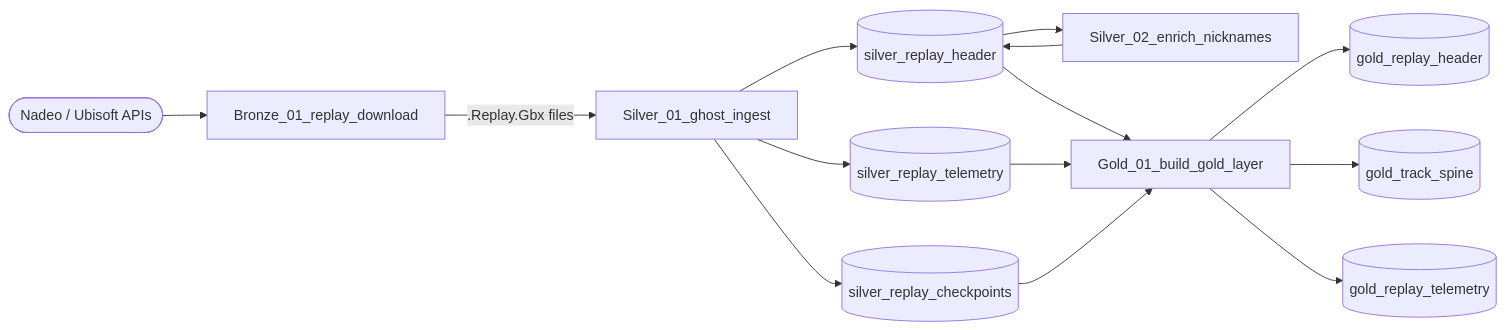
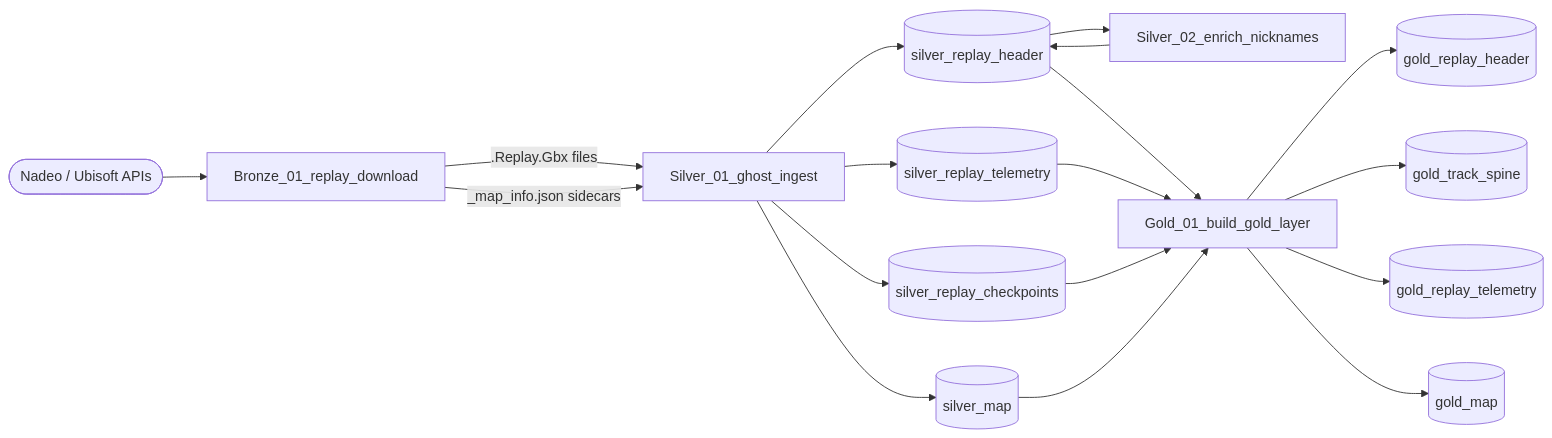
The second of 4 diagrams in README.md (villezekeviking/tm2020-gbx-parser), drawn with Mermaid before and after one commit. The commit also changed other lines of this file and 4 other files, not shown here.

First line of the commit message:
feat: Map Metadata Pipeline - Bronze → Silver → Gold

````diff
--- a/README.md
+++ b/README.md
@@ -41,22 +41,25 @@
 ```mermaid
 flowchart LR
     NAD([Nadeo / Ubisoft APIs])
     B01[Bronze_01_replay_download]
     S01[Silver_01_ghost_ingest]
     S02[Silver_02_enrich_nicknames]
     G01[Gold_01_build_gold_layer]
     SRH[(silver_replay_header)]
     SRT[(silver_replay_telemetry)]
     SRC[(silver_replay_checkpoints)]
+    SM[(silver_map)]
     GRH[(gold_replay_header)]
     GTS[(gold_track_spine)]
     GTT[(gold_replay_telemetry)]
+    GM[(gold_map)]
 
     NAD --> B01
     B01 -->|.Replay.Gbx files| S01
-    S01 --> SRH & SRT & SRC
+    B01 -->|_map_info.json sidecars| S01
+    S01 --> SRH & SRT & SRC & SM
     SRH --> S02
     S02 --> SRH
-    SRH & SRT & SRC --> G01
-    G01 --> GRH & GTS & GTT
+    SRH & SRT & SRC & SM --> G01
+    G01 --> GRH & GTS & GTT & GM
 ```
````
